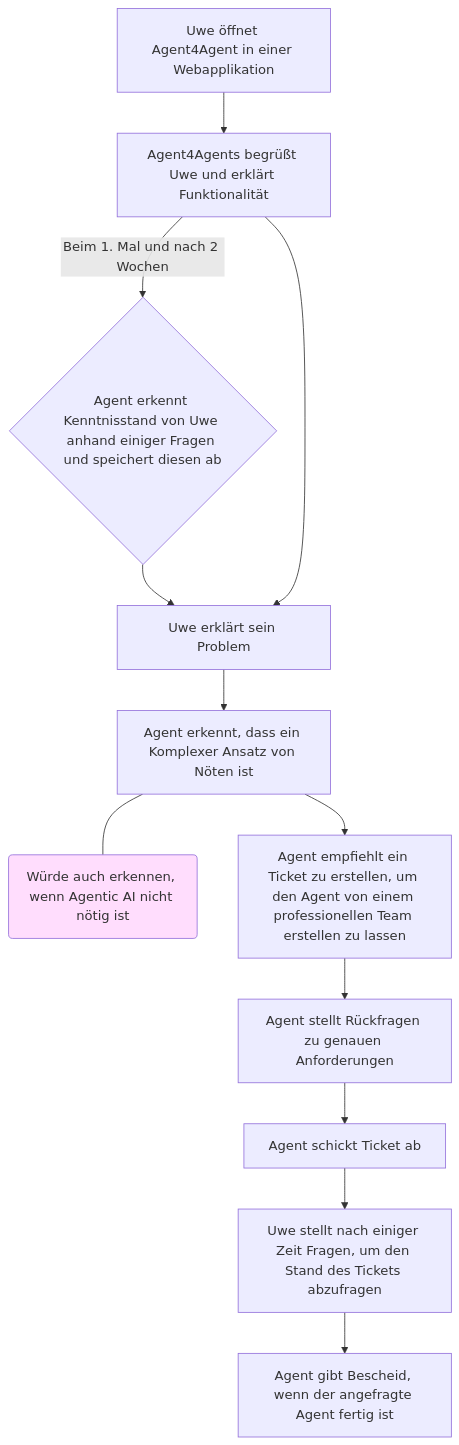
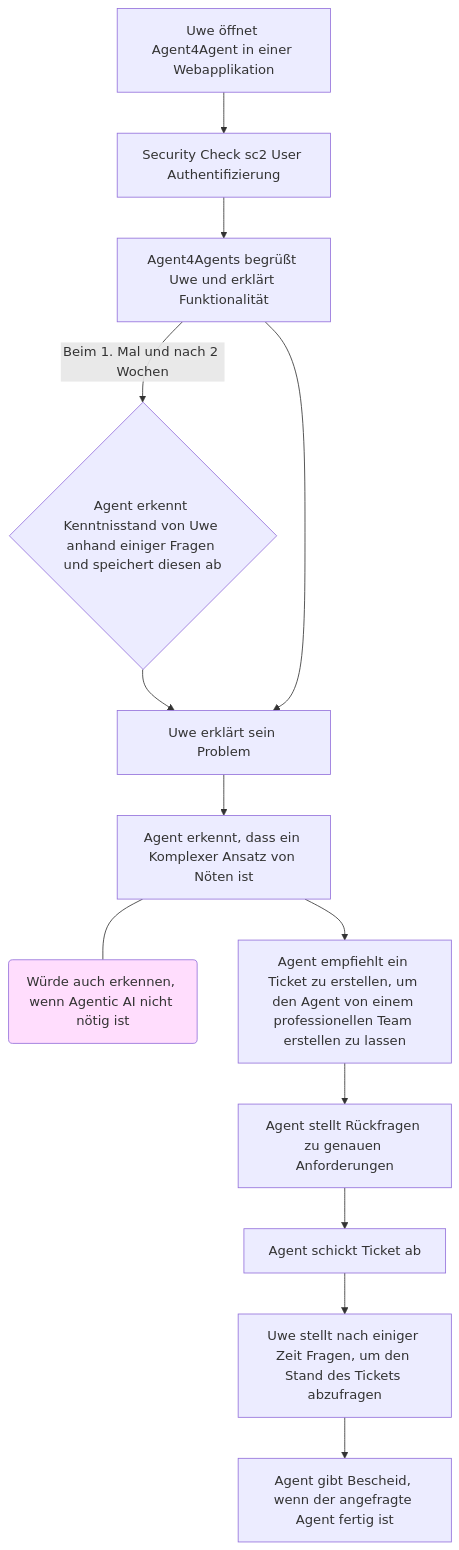
One commit to agentic-ai-ws2526-group-c/agent4agents-documentation changed the second of 4 diagrams in Ideation/User Personas and UseCases.md. Above: the diagram before and after it, drawn with Mermaid. The commit also changed other lines of this file, not shown here.

First line of the commit message:
Added security check

````diff
--- a/Ideation/User Personas and UseCases.md
+++ b/Ideation/User Personas and UseCases.md
@@ -44,15 +45,16 @@
 ```mermaid
 graph TD
-    A[Uwe öffnet Agent4Agent in einer Webapplikation] --> B[Agent4Agents begrüßt Uwe und erklärt Funktionalität];
+    A[Uwe öffnet Agent4Agent in einer Webapplikation] --> SC[Security Check sc2 User Authentifizierung];
+    SC --> B[Agent4Agents begrüßt Uwe und erklärt Funktionalität];
     B -- ""Beim 1. Mal und nach 2 Wochen"" --> C{Agent erkennt Kenntnisstand von Uwe anhand einiger Fragen und speichert diesen ab};
     C --> D[Uwe erklärt sein Problem];
     B --> D;
     D --> E[Agent erkennt, dass ein Komplexer Ansatz von Nöten ist];
     E --- F(Würde auch erkennen, wenn Agentic AI nicht nötig ist);
     E --> G[Agent empfiehlt ein Ticket zu erstellen, um den Agent von einem professionellen Team erstellen zu lassen];
     G --> H[Agent stellt Rückfragen zu genauen Anforderungen];
     H --> I[Agent schickt Ticket ab];
     I --> J[Uwe stellt nach einiger Zeit Fragen, um den Stand des Tickets abzufragen];
     J --> K[Agent gibt Bescheid, wenn der angefragte Agent fertig ist];
     style F fill:#FFDDFD
 ```
````
